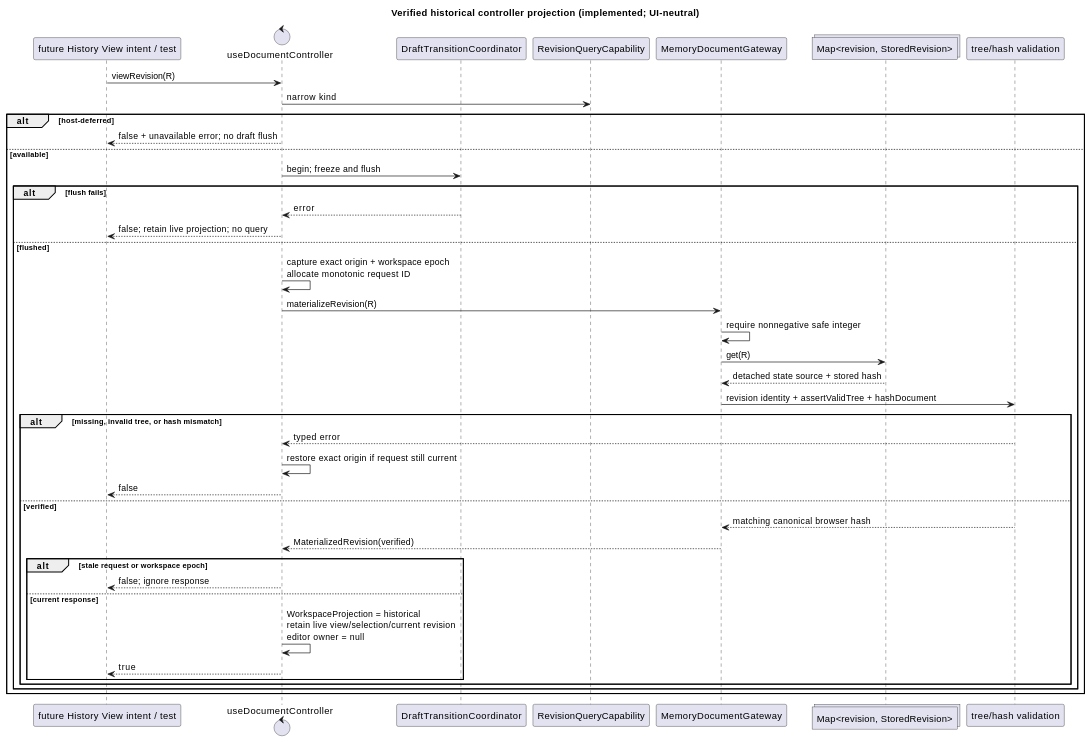
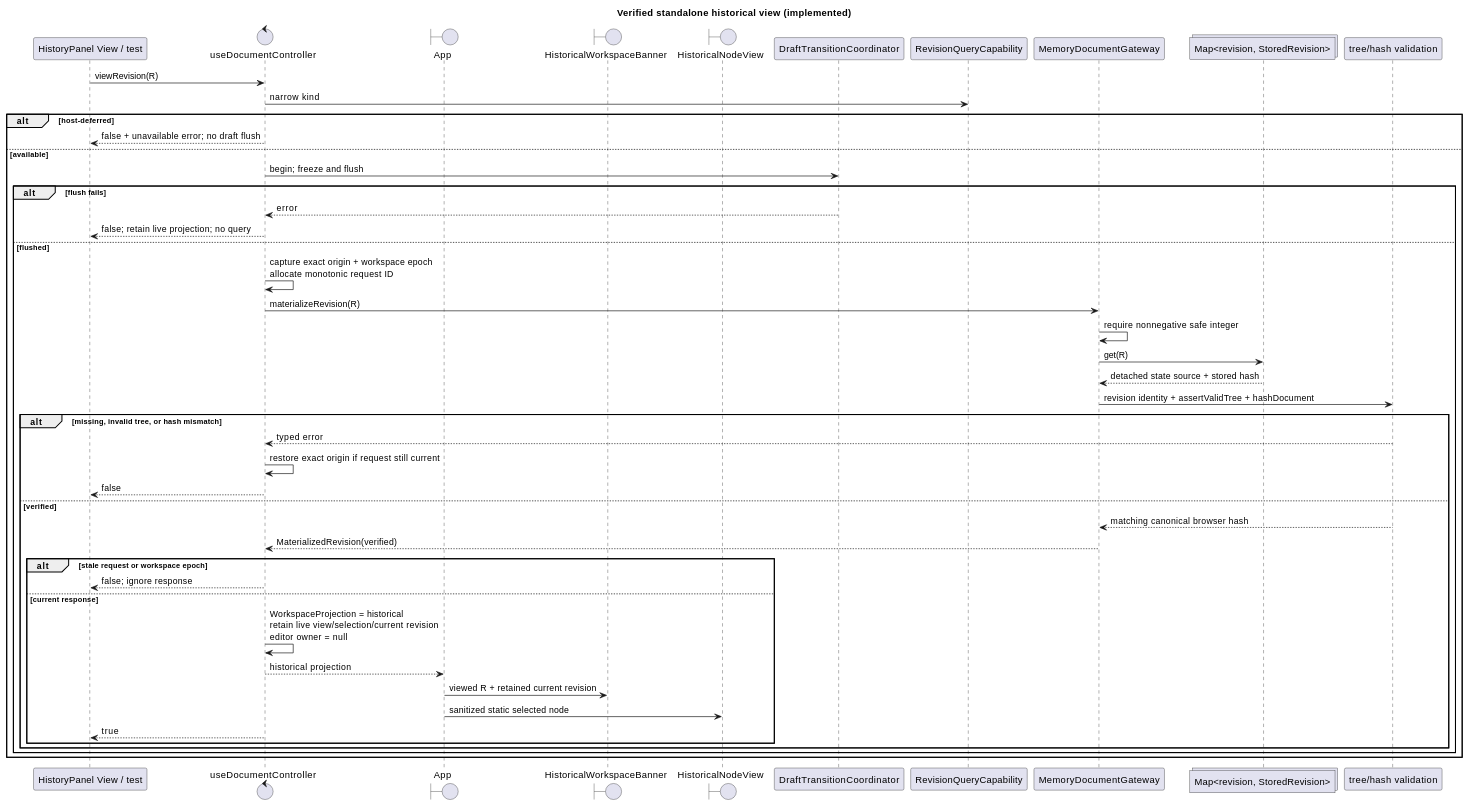
Diagram 14 of 14 in docs/SEQUENCE_DIAGRAMS.md (benoit-gl/coedit), drawn with PlantUML before and after one commit. The commit also changed other lines of this file and 23 other files, not shown here.

````diff
--- a/docs/SEQUENCE_DIAGRAMS.md
+++ b/docs/SEQUENCE_DIAGRAMS.md
@@ -784,45 +784,51 @@
 ```plantuml
 @startuml
-title Verified historical controller projection (implemented; UI-neutral)
-participant "future History View intent / test" as Caller
+title Verified standalone historical view (implemented)
+participant "HistoryPanel View / test" as Caller
 control "useDocumentController" as Controller
+boundary App
+boundary HistoricalWorkspaceBanner as Banner
+boundary HistoricalNodeView as HistoricalView
 participant "DraftTransitionCoordinator" as Drafts
 participant "RevisionQueryCapability" as Capability
 participant "MemoryDocumentGateway" as Memory
 collections "Map<revision, StoredRevision>" as Snapshots
 participant "tree/hash validation" as Validation
 
 Caller -> Controller : viewRevision(R)
 Controller -> Capability : narrow kind
 alt host-deferred
   Controller --> Caller : false + unavailable error; no draft flush
 else available
   Controller -> Drafts : begin; freeze and flush
   alt flush fails
     Drafts --> Controller : error
     Controller --> Caller : false; retain live projection; no query
   else flushed
     Controller -> Controller : capture exact origin + workspace epoch\nallocate monotonic request ID
     Controller -> Memory : materializeRevision(R)
     Memory -> Memory : require nonnegative safe integer
     Memory -> Snapshots : get(R)
     Snapshots --> Memory : detached state source + stored hash
     Memory -> Validation : revision identity + assertValidTree + hashDocument
     alt missing, invalid tree, or hash mismatch
       Validation --> Controller : typed error
       Controller -> Controller : restore exact origin if request still current
       Controller --> Caller : false
     else verified
       Validation --> Memory : matching canonical browser hash
       Memory --> Controller : MaterializedRevision(verified)
       alt stale request or workspace epoch
         Controller --> Caller : false; ignore response
       else current response
         Controller -> Controller : WorkspaceProjection = historical\nretain live view/selection/current revision\neditor owner = null
+        Controller --> App : historical projection
+        App -> Banner : viewed R + retained current revision
+        App -> HistoricalView : sanitized static selected node
         Controller --> Caller : true
       end
     end
   end
 end
 @enduml
 ```
````
